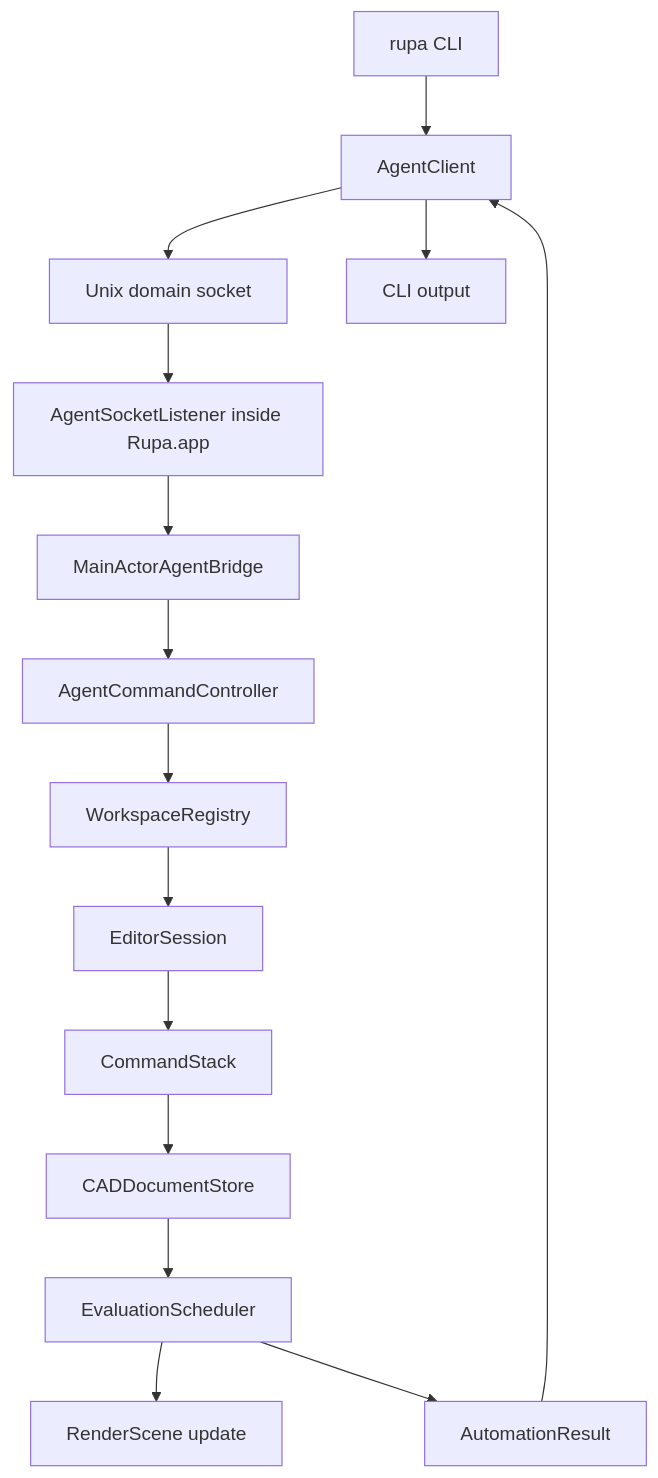
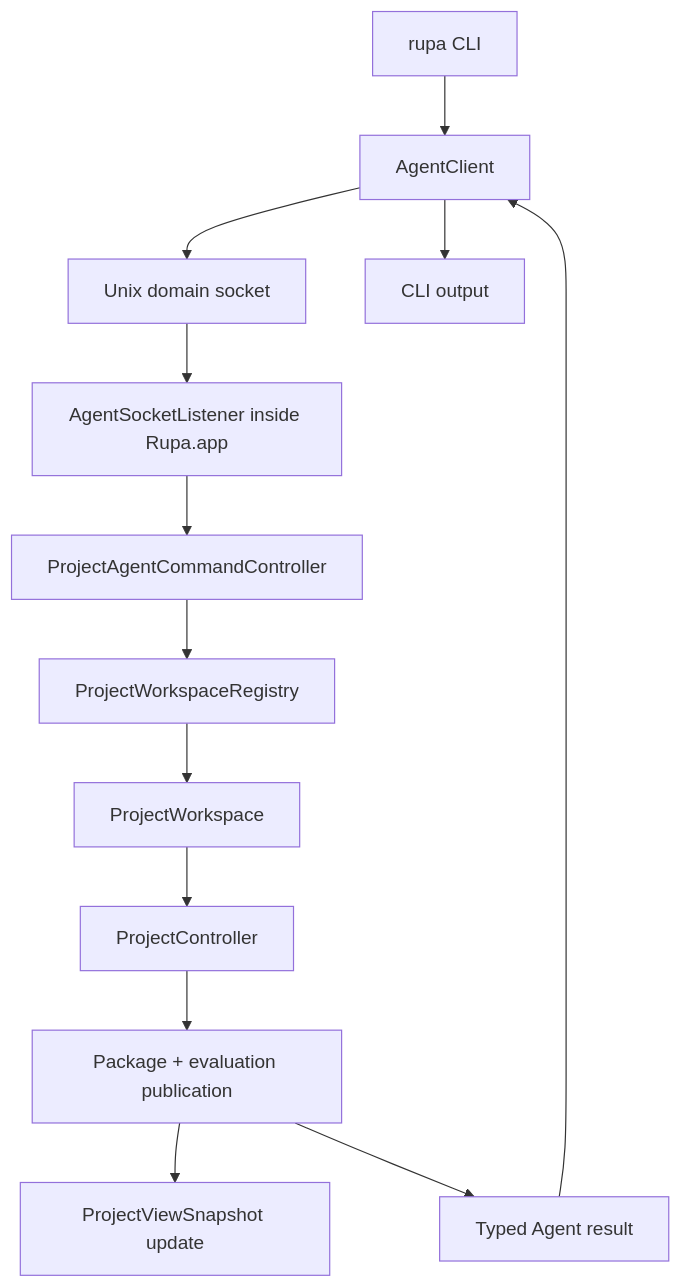
Diagram 25 of 27 in Rupa/SPEC.md (1amageek/Rupa), drawn with Mermaid before and after one commit. The commit also changed other lines of this file and 5 other files, not shown here.

````diff
--- a/Rupa/SPEC.md
+++ b/Rupa/SPEC.md
@@ -1297,17 +1289,15 @@
 ```mermaid
 flowchart TD
     CLI["rupa CLI"] --> Client["AgentClient"]
     Client --> IPC["Unix domain socket"]
     IPC --> Listener["AgentSocketListener inside Rupa.app"]
-    Listener --> Bridge["MainActorAgentBridge"]
-    Bridge --> Controller["AgentCommandController"]
-    Controller --> Registry["WorkspaceRegistry"]
-    Registry --> Session["EditorSession"]
-    Session --> Stack["CommandStack"]
-    Stack --> Store["CADDocumentStore"]
-    Store --> Eval["EvaluationScheduler"]
-    Eval --> Render["RenderScene update"]
-    Eval --> Result["AutomationResult"]
+    Listener --> Controller["ProjectAgentCommandController"]
+    Controller --> Registry["ProjectWorkspaceRegistry"]
+    Registry --> Workspace["ProjectWorkspace"]
+    Workspace --> Project["ProjectController"]
+    Project --> Eval["Package + evaluation publication"]
+    Eval --> Render["ProjectViewSnapshot update"]
+    Eval --> Result["Typed Agent result"]
     Result --> Client
     Client --> Output["CLI output"]
 ```
````
